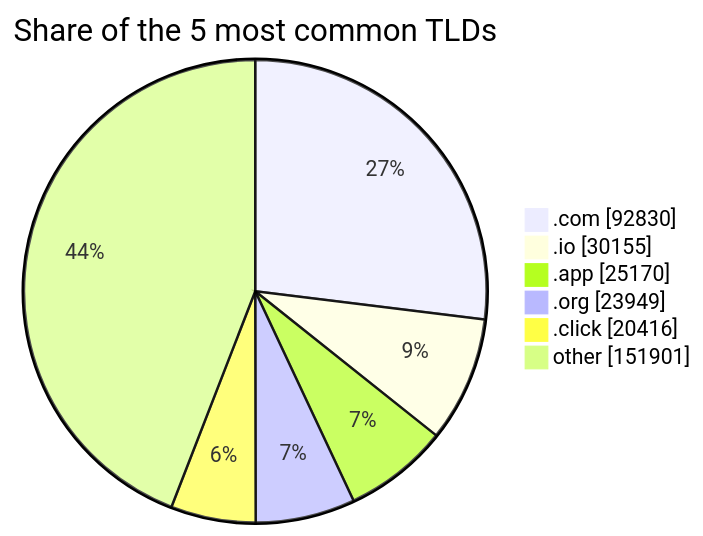
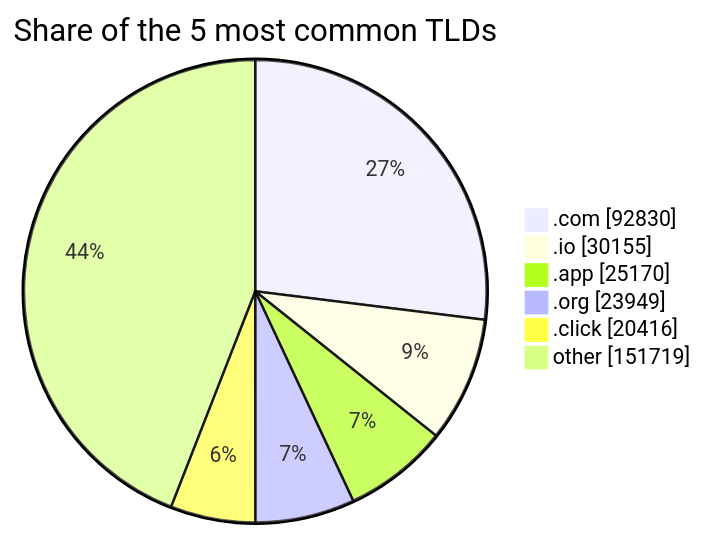
The third of 3 diagrams in README.md (DNSBunker/CTI), drawn with Mermaid before and after one commit. The commit also changed other lines of this file and 4 other files, not shown here.

````diff
--- a/README.md
+++ b/README.md
@@ -81,9 +81,9 @@
 ```mermaid
 pie showData title Share of the 5 most common TLDs
     ".com" : 92830
     ".io" : 30155
     ".app" : 25170
     ".org" : 23949
     ".click" : 20416
-    "other" : 151901
+    "other" : 151719
 ```
````
